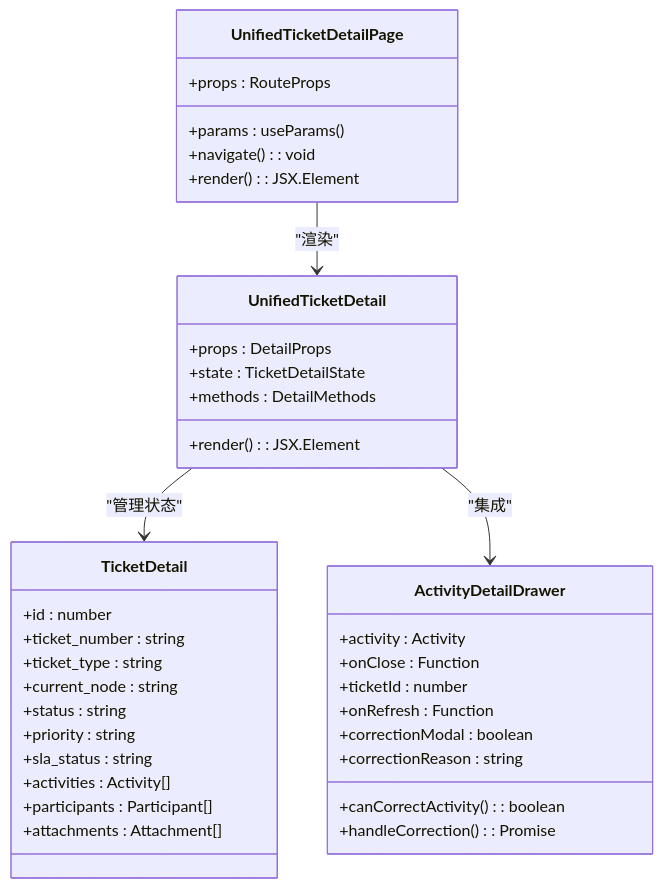
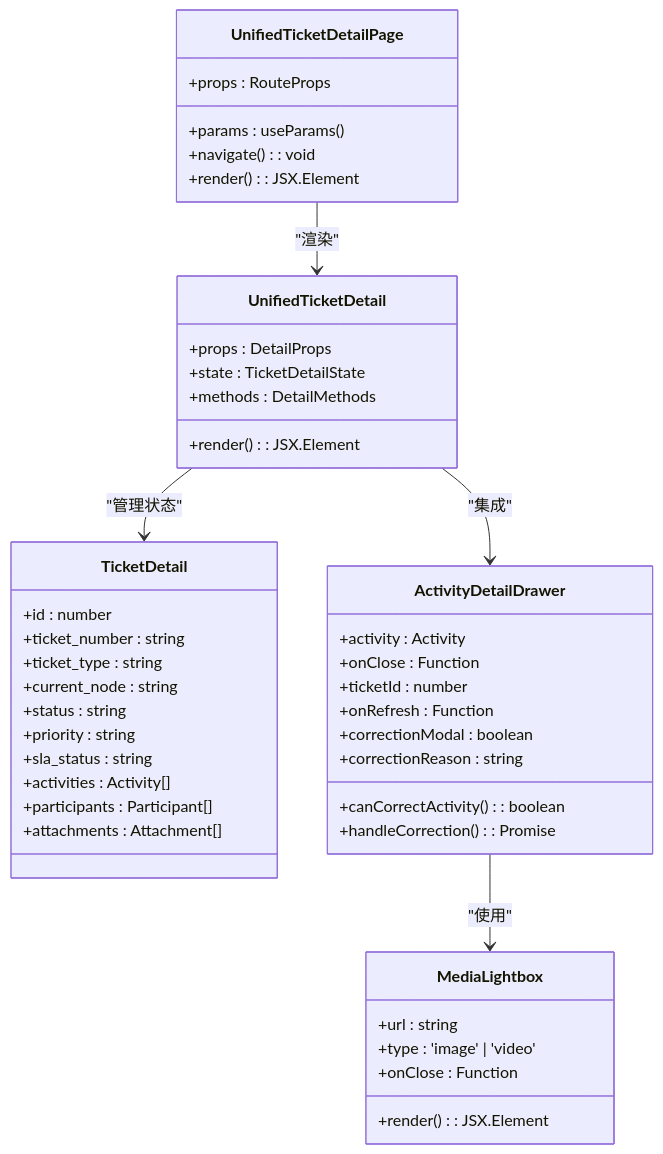
One commit to CubeEdge/Longhorn changed the second of 23 diagrams in .qoder/repowiki/zh/content/Ticket Detail System/Ticket Detail System.md. Above: the diagram before and after it, drawn with Mermaid. The commit also changed other lines of this file and 118 other files, not shown here.

````diff
--- a/.qoder/repowiki/zh/content/Ticket Detail System/Ticket Detail System.md
+++ b/.qoder/repowiki/zh/content/Ticket Detail System/Ticket Detail System.md
@@ -115,40 +140,47 @@
 ```mermaid
 classDiagram
 class UnifiedTicketDetailPage {
 +props : RouteProps
 +params : useParams()
 +navigate() : void
 +render() : JSX.Element
 }
 class UnifiedTicketDetail {
 +props : DetailProps
 +state : TicketDetailState
 +methods : DetailMethods
 +render() : JSX.Element
 }
 class TicketDetail {
 +id : number
 +ticket_number : string
 +ticket_type : string
 +current_node : string
 +status : string
 +priority : string
 +sla_status : string
 +activities : Activity[]
 +participants : Participant[]
 +attachments : Attachment[]
 }
 class ActivityDetailDrawer {
 +activity : Activity
 +onClose : Function
 +ticketId : number
 +onRefresh : Function
 +correctionModal : boolean
 +correctionReason : string
 +canCorrectActivity() : boolean
 +handleCorrection() : Promise<void>
 }
+class MediaLightbox {
++url : string
++type : 'image' | 'video'
++onClose : Function
++render() : JSX.Element
+}
 UnifiedTicketDetailPage --> UnifiedTicketDetail : "渲染"
 UnifiedTicketDetail --> TicketDetail : "管理状态"
 UnifiedTicketDetail --> ActivityDetailDrawer : "集成"
+ActivityDetailDrawer --> MediaLightbox : "使用"
 ```
````
